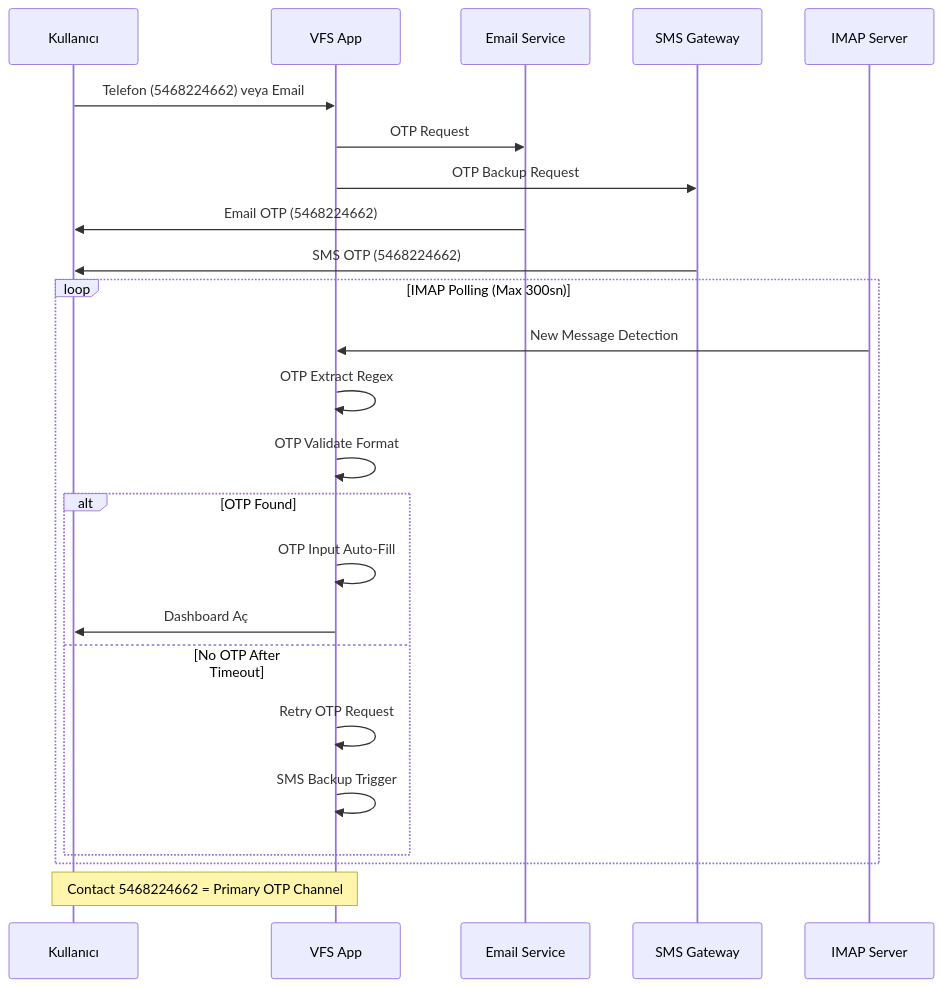
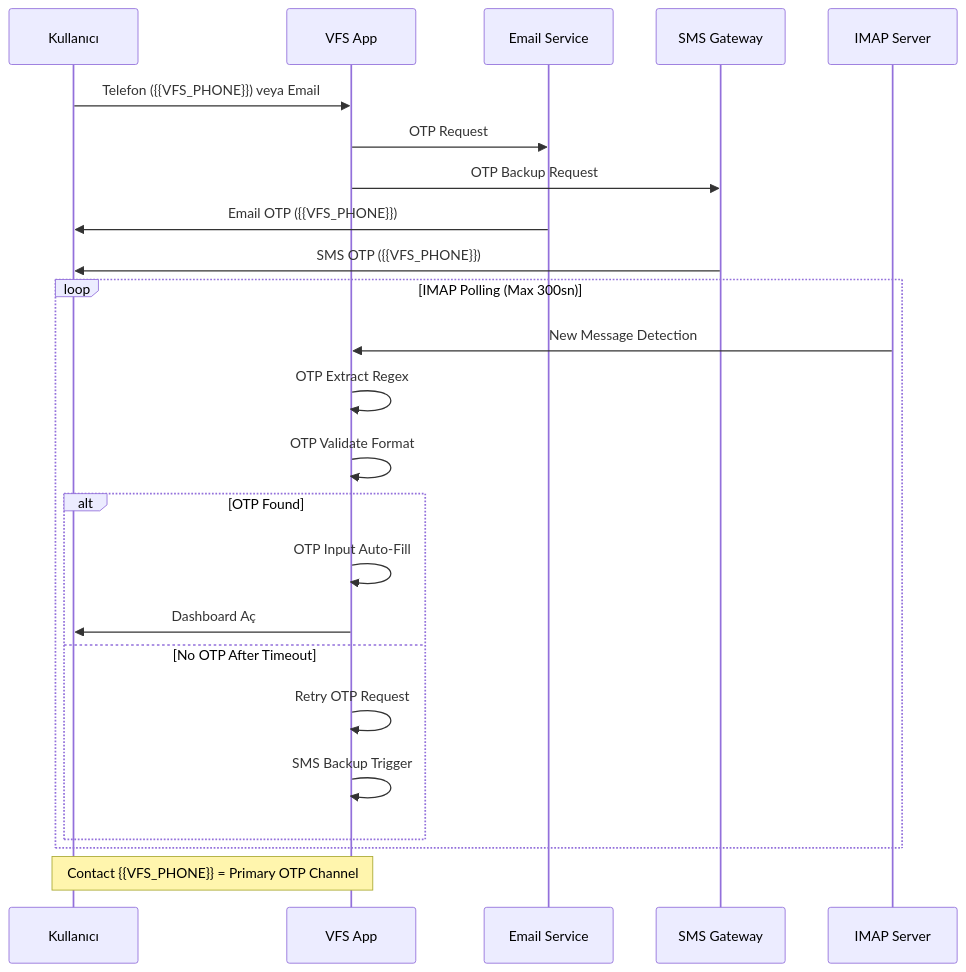
Before and after one commit to kodabi-ai/vfs-bot: the third of 5 diagrams in .a0proj/knowledge/vfs-automation-v83-v98-detailed.md, drawn with Mermaid. The commit also changed other lines of this file and 62 other files, not shown here.

````diff
--- a/.a0proj/knowledge/vfs-automation-v83-v98-detailed.md
+++ b/.a0proj/knowledge/vfs-automation-v83-v98-detailed.md
@@ -83,29 +83,29 @@
 ```mermaid
 sequenceDiagram
     participant User as Kullanıcı
     participant App as VFS App
     participant Email as Email Service
     participant SMS as SMS Gateway
     participant IMAP as IMAP Server
     
-    User->>App: Telefon (5468224662) veya Email
+    User->>App: Telefon ({{VFS_PHONE}}) veya Email
     App->>Email: OTP Request
     App->>SMS: OTP Backup Request
-    Email->>User: Email OTP (5468224662)
-    SMS->>User: SMS OTP (5468224662)
+    Email->>User: Email OTP ({{VFS_PHONE}})
+    SMS->>User: SMS OTP ({{VFS_PHONE}})
     
     loop IMAP Polling (Max 300sn)
         IMAP->>App: New Message Detection
         App->>App: OTP Extract Regex
         App->>App: OTP Validate Format
         alt OTP Found
             App->>App: OTP Input Auto-Fill
             App->>User: Dashboard Aç
         else No OTP After Timeout
             App->>App: Retry OTP Request
             App->>App: SMS Backup Trigger
         end
     end
     
-    Note over App,User: Contact 5468224662 = Primary OTP Channel
+    Note over App,User: Contact {{VFS_PHONE}} = Primary OTP Channel
 ```
````
